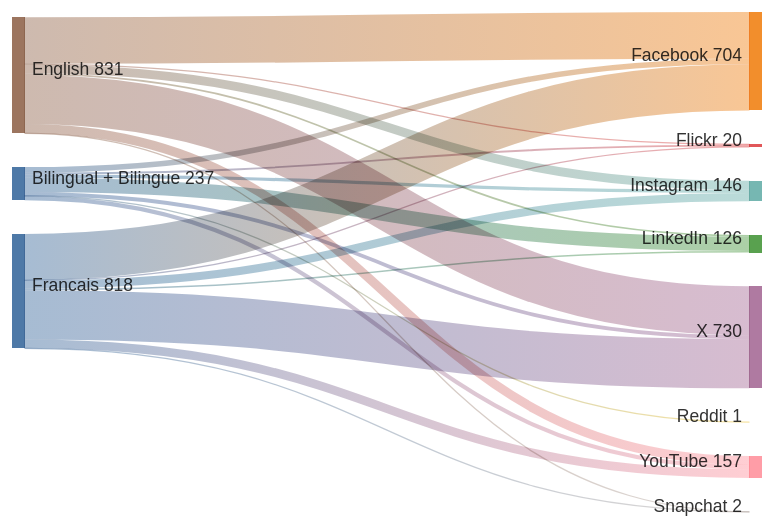
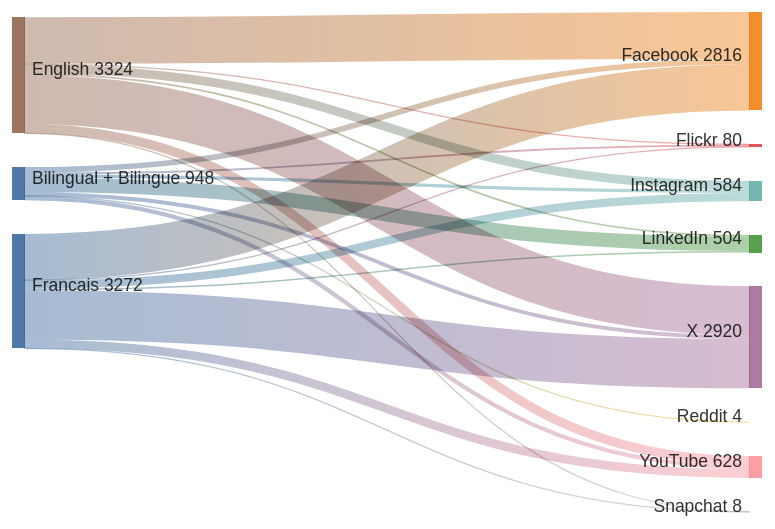
The diagram in sankey_diagram.md (PatLittle/GC-Socials), drawn with Mermaid before and after one commit.

Commit message:
Update Sankey diagram for the most recent day

````diff
--- a/sankey_diagram.md
+++ b/sankey_diagram.md
@@ -1,24 +1,24 @@
 ```mermaid
 sankey-beta
-  Bilingual + Bilingue,Facebook,40
-  Bilingual + Bilingue,Flickr,13
-  Bilingual + Bilingue,Instagram,23
-  Bilingual + Bilingue,LinkedIn,103
-  Bilingual + Bilingue,Reddit,1
-  Bilingual + Bilingue,X,27
-  Bilingual + Bilingue,YouTube,30
-  English,Facebook,334
-  English,Flickr,4
-  English,Instagram,64
-  English,LinkedIn,12
-  English,Snapchat,1
-  English,X,351
-  English,YouTube,65
-  Francais,Facebook,330
-  Francais,Flickr,3
-  Francais,Instagram,59
-  Francais,LinkedIn,11
-  Francais,Snapchat,1
-  Francais,X,352
-  Francais,YouTube,62
+  Bilingual + Bilingue,Facebook,160
+  Bilingual + Bilingue,Flickr,52
+  Bilingual + Bilingue,Instagram,92
+  Bilingual + Bilingue,LinkedIn,412
+  Bilingual + Bilingue,Reddit,4
+  Bilingual + Bilingue,X,108
+  Bilingual + Bilingue,YouTube,120
+  English,Facebook,1336
+  English,Flickr,16
+  English,Instagram,256
+  English,LinkedIn,48
+  English,Snapchat,4
+  English,X,1404
+  English,YouTube,260
+  Francais,Facebook,1320
+  Francais,Flickr,12
+  Francais,Instagram,236
+  Francais,LinkedIn,44
+  Francais,Snapchat,4
+  Francais,X,1408
+  Francais,YouTube,248
 ```
````
